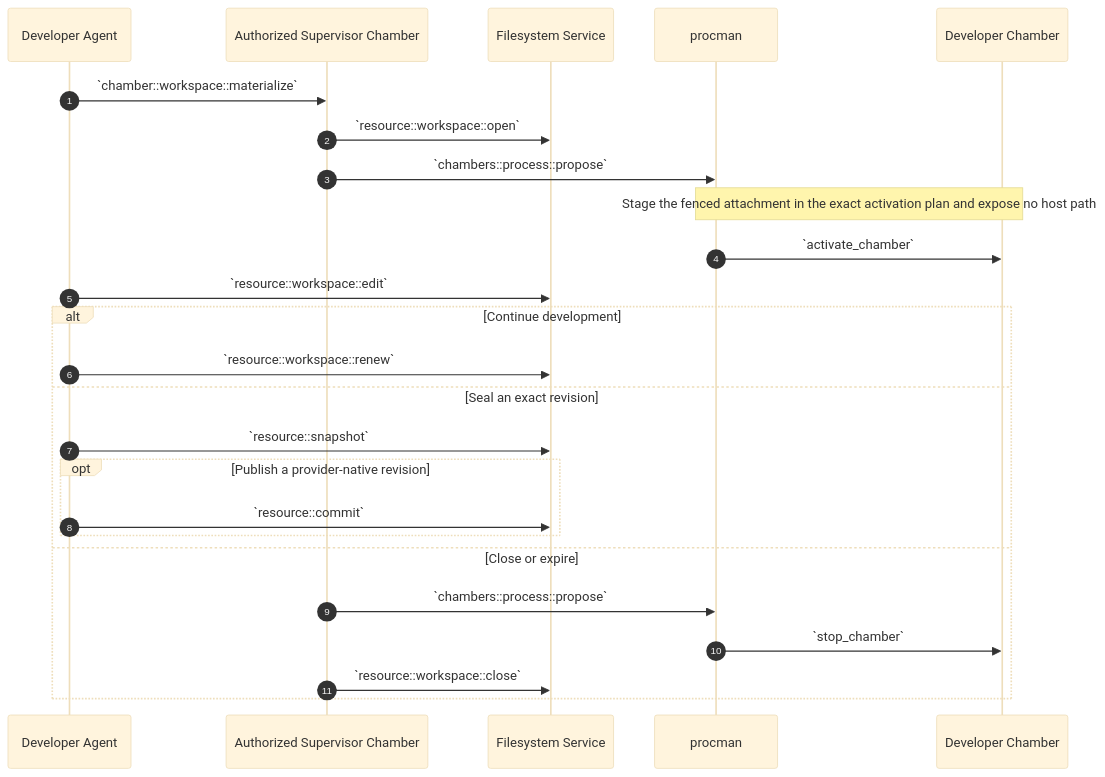
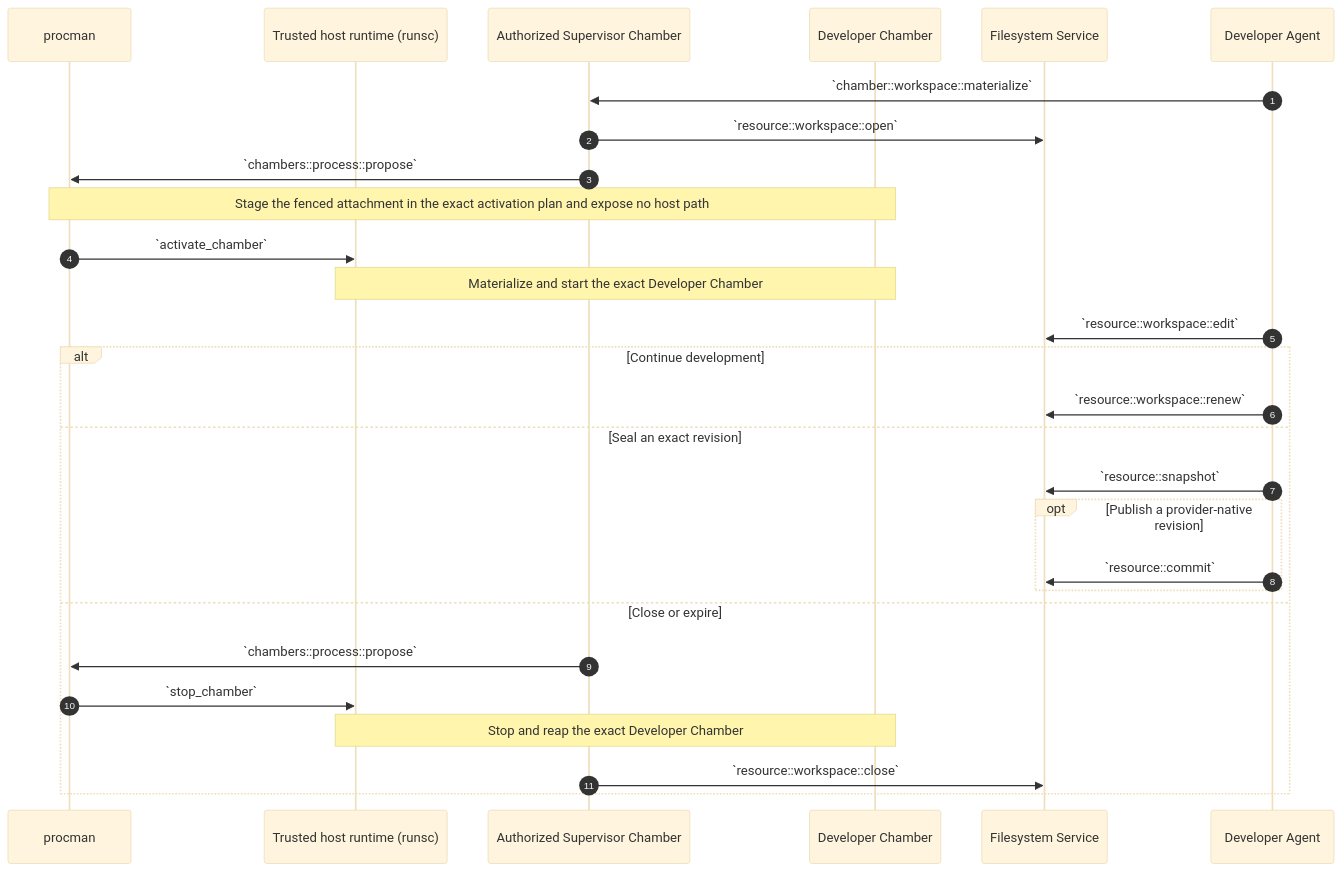
One commit to dreamcatcher-tech/chambers-lifecycle-explorer changed the sixth of 11 diagrams in source/chambers-lifecycle-sequences.md. Above: the diagram before and after it, drawn with Mermaid (base theme). The commit also changed other lines of this file and 9 other files, not shown here.

````diff
--- a/source/chambers-lifecycle-sequences.md
+++ b/source/chambers-lifecycle-sequences.md
@@ -656,29 +675,32 @@
 ```mermaid
 sequenceDiagram
     autonumber
+    participant procman
+    participant Runtime as Trusted host runtime (runsc)
+    participant Supervisor as Authorized Supervisor Chamber
+    participant Developer as Developer Chamber
+    participant Filesystem as Filesystem Service
     participant Agent as Developer Agent
-    participant Supervisor as Authorized Supervisor Chamber
-    participant Filesystem as Filesystem Service
-    participant procman
-    participant Developer as Developer Chamber
 
     Agent->>Supervisor: `chamber::workspace::materialize`
     Supervisor->>Filesystem: `resource::workspace::open`
     Supervisor->>procman: `chambers::process::propose`
     Note over procman,Developer: Stage the fenced attachment in the exact activation plan and expose no host path
-    procman->>Developer: `activate_chamber`
+    procman->>Runtime: `activate_chamber`
+    Note over Runtime,Developer: Materialize and start the exact Developer Chamber
     Agent->>Filesystem: `resource::workspace::edit`
 
     alt Continue development
         Agent->>Filesystem: `resource::workspace::renew`
     else Seal an exact revision
         Agent->>Filesystem: `resource::snapshot`
         opt Publish a provider-native revision
             Agent->>Filesystem: `resource::commit`
         end
     else Close or expire
         Supervisor->>procman: `chambers::process::propose`
-        procman->>Developer: `stop_chamber`
+        procman->>Runtime: `stop_chamber`
+        Note over Runtime,Developer: Stop and reap the exact Developer Chamber
         Supervisor->>Filesystem: `resource::workspace::close`
     end
 ```
````
